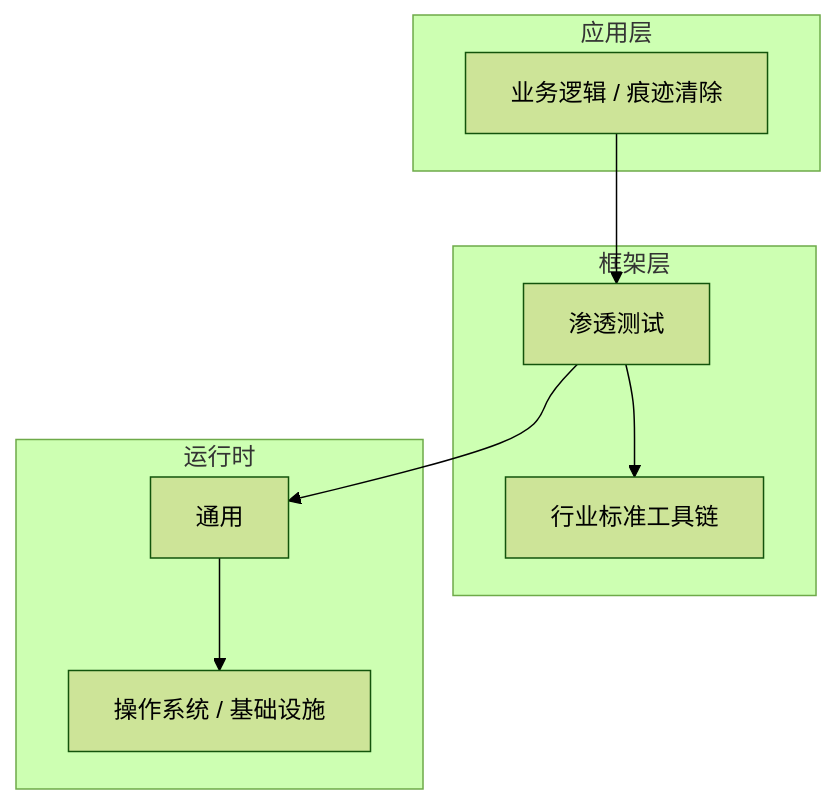
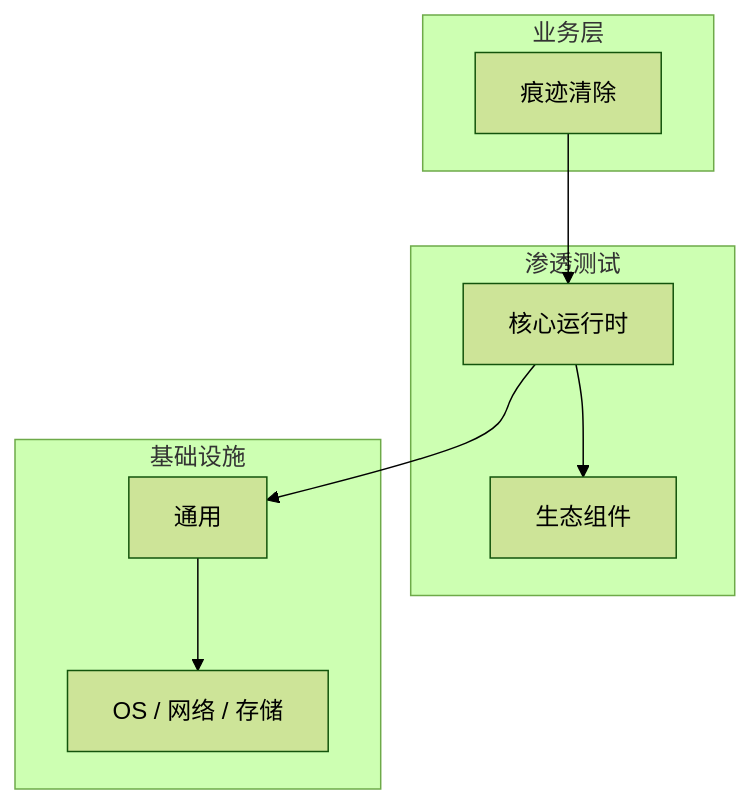
One commit to yanggan2015/knowledge-json-v2 changed the diagram in articles/渗透测试/chapters/057-痕迹清除核心概念与原理.md. Above: the diagram before and after it, drawn with Mermaid (forest theme). The commit also changed other lines of this file and 10127 other files, not shown here.

````diff
--- a/articles/渗透测试/chapters/057-痕迹清除核心概念与原理.md
+++ b/articles/渗透测试/chapters/057-痕迹清除核心概念与原理.md
@@ -46,18 +31,18 @@
 ```mermaid
 graph TB
-    subgraph 应用层
-        A[业务逻辑 / 痕迹清除]
+    subgraph 业务层
+        A[痕迹清除]
     end
-    subgraph 框架层
-        B[渗透测试]
-        C[行业标准工具链]
+    subgraph 渗透测试
+        B[核心运行时]
+        C[生态组件]
     end
-    subgraph 运行时
+    subgraph 基础设施
         D[通用]
-        E[操作系统 / 基础设施]
+        E[OS / 网络 / 存储]
     end
     A --> B
     B --> C
     B --> D
     D --> E
 ```
````
